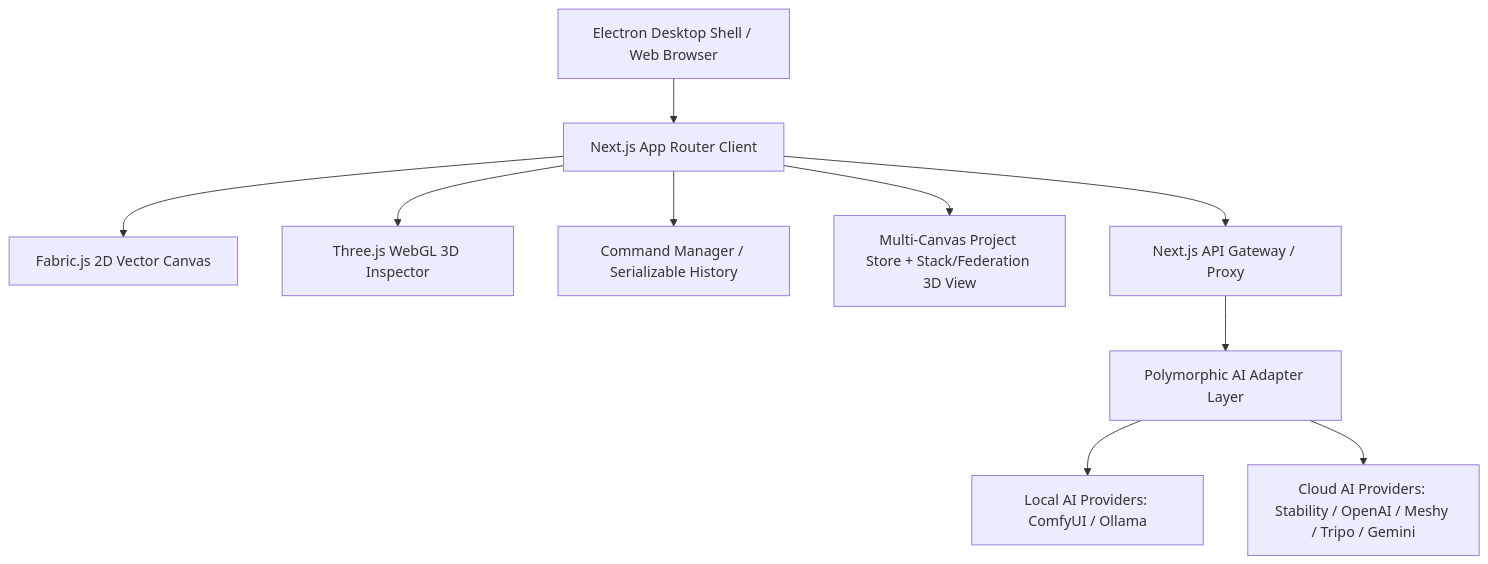
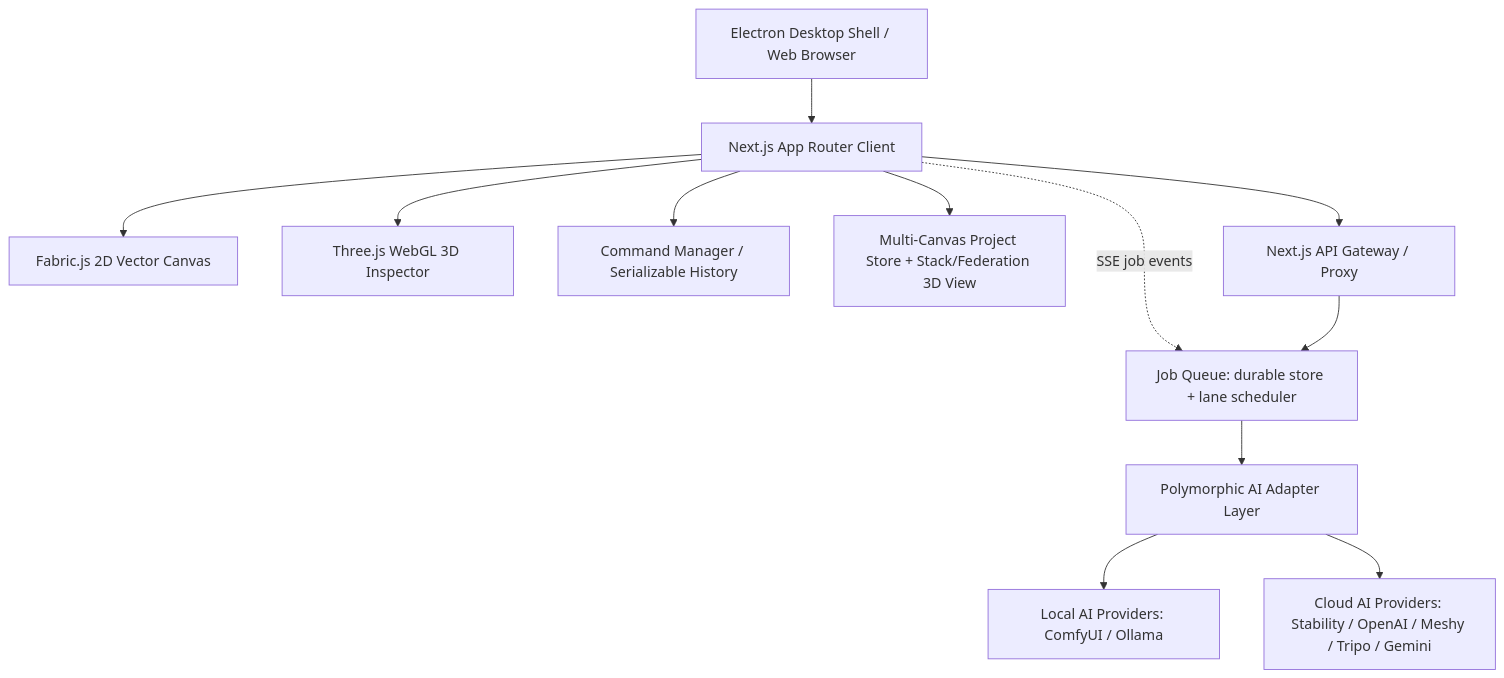
One commit to GeekatplayStudio/Image-Express changed the diagram in README.md. Above: the diagram before and after it, drawn with Mermaid. The commit also changed other lines of this file and 58 other files, not shown here.

First line of the commit message:
feat: unified background job queue, pipeline rail, and non-blocking generation

````diff
--- a/README.md
+++ b/README.md
@@ -326,14 +327,16 @@
 ```mermaid
 graph TD
     A[Electron Desktop Shell / Web Browser] --> B[Next.js App Router Client]
     B --> C[Fabric.js 2D Vector Canvas]
     B --> D[Three.js WebGL 3D Inspector]
     B --> E[Command Manager / Serializable History]
     B --> J[Multi-Canvas Project Store + Stack/Federation 3D View]
 
     B --> F[Next.js API Gateway / Proxy]
-    F --> G[Polymorphic AI Adapter Layer]
+    B -. SSE job events .-> K
+    F --> K[Job Queue: durable store + lane scheduler]
+    K --> G[Polymorphic AI Adapter Layer]
 
     G --> H[Local AI Providers: ComfyUI / Ollama]
     G --> I[Cloud AI Providers: Stability / OpenAI / Meshy / Tripo / Gemini]
 ```
````
